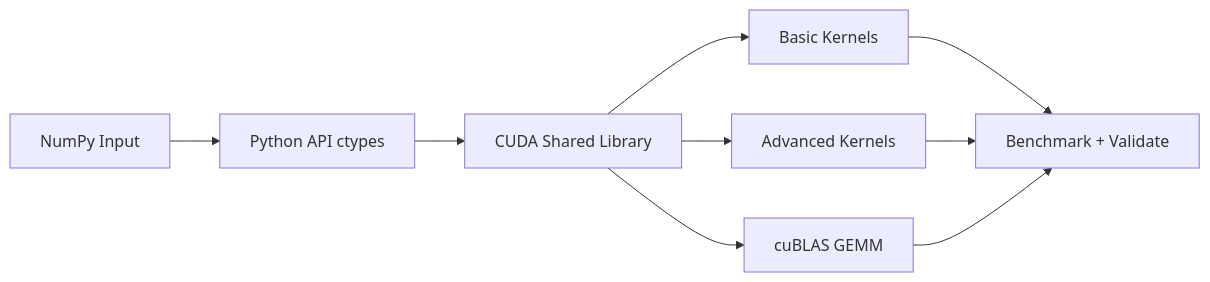
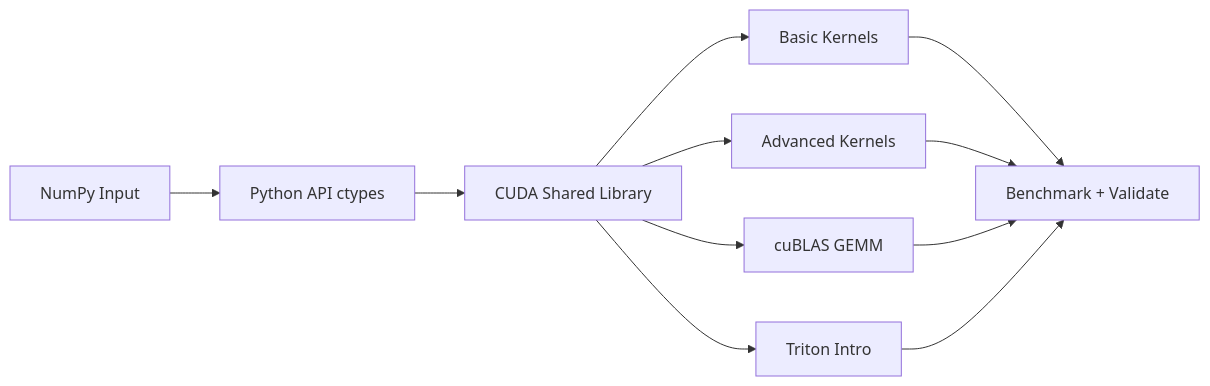
The diagram in README.md (qkmhust/cuda4python), drawn with Mermaid before and after one commit. The commit also changed other lines of this file and 17 other files, not shown here.

````diff
--- a/README.md
+++ b/README.md
@@ -7,11 +9,13 @@
 ```mermaid
 flowchart LR
         A[NumPy Input] --> B[Python API ctypes]
         B --> C[CUDA Shared Library]
         C --> D1[Basic Kernels]
         C --> D2[Advanced Kernels]
         C --> D3[cuBLAS GEMM]
+        C --> D4[Triton Intro]
         D1 --> E[Benchmark + Validate]
         D2 --> E
         D3 --> E
+        D4 --> E
 ```
````
